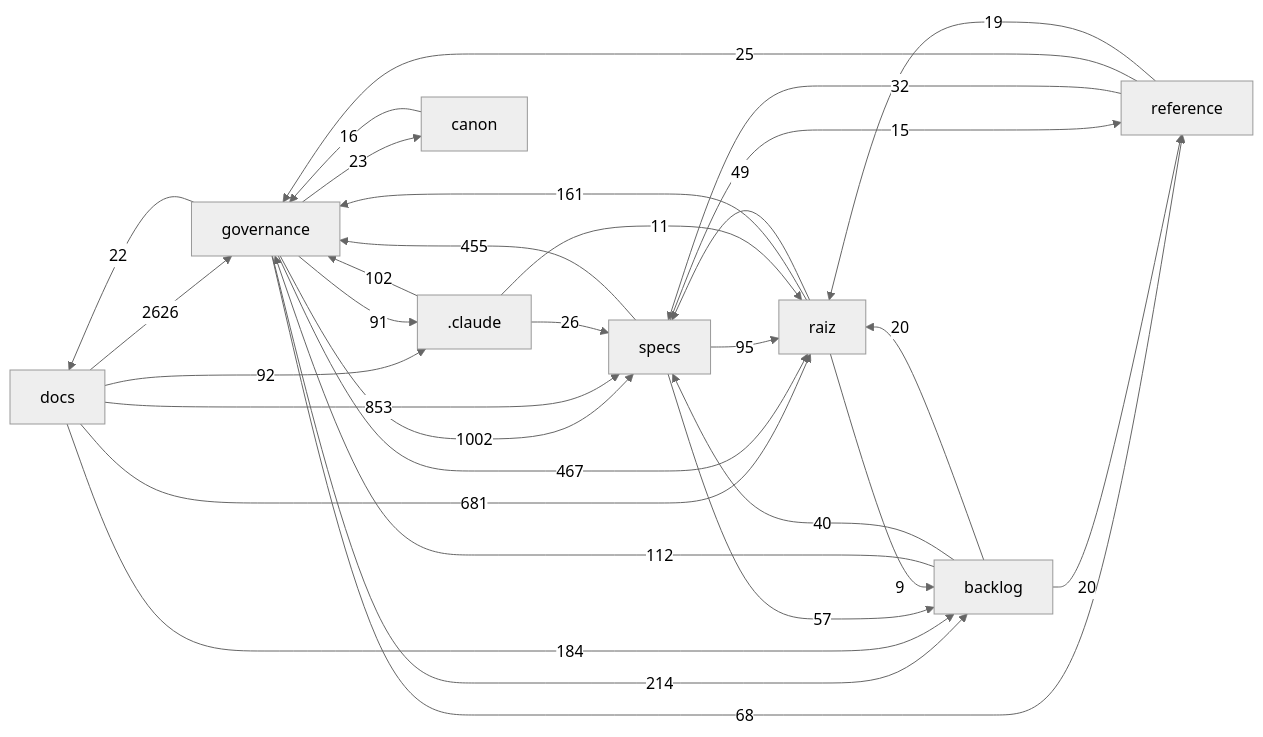
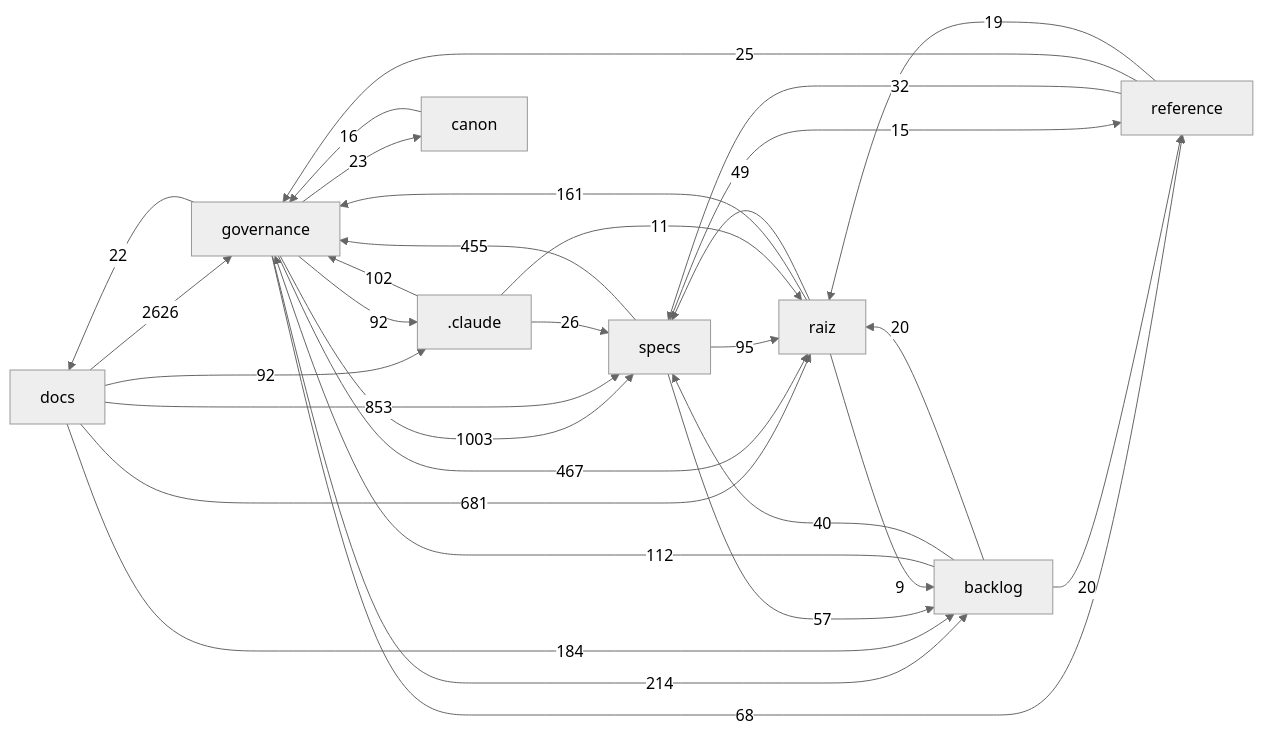
One commit to Andraus35/Sistema-Operacional-de-Trading--SOT changed the diagram in docs/mapa/MAPA-PROJETO.md. Above: the diagram before and after it, drawn with Mermaid (neutral theme). The commit also changed other lines of this file and 6 other files, not shown here.

````diff
--- a/docs/mapa/MAPA-PROJETO.md
+++ b/docs/mapa/MAPA-PROJETO.md
@@ -29,33 +29,33 @@
 ```mermaid
 flowchart LR
   docs["docs"] -->|2626| governance["governance"]
-  governance["governance"] -->|1002| specs["specs"]
+  governance["governance"] -->|1003| specs["specs"]
   docs["docs"] -->|853| specs["specs"]
   docs["docs"] -->|681| raiz["raiz"]
   governance["governance"] -->|467| raiz["raiz"]
   specs["specs"] -->|455| governance["governance"]
   governance["governance"] -->|214| backlog["backlog"]
   docs["docs"] -->|184| backlog["backlog"]
   raiz["raiz"] -->|161| governance["governance"]
   backlog["backlog"] -->|112| governance["governance"]
   _claude[".claude"] -->|102| governance["governance"]
   specs["specs"] -->|95| raiz["raiz"]
   docs["docs"] -->|92| _claude[".claude"]
-  governance["governance"] -->|91| _claude[".claude"]
+  governance["governance"] -->|92| _claude[".claude"]
   governance["governance"] -->|68| reference["reference"]
   specs["specs"] -->|57| backlog["backlog"]
   raiz["raiz"] -->|49| specs["specs"]
   backlog["backlog"] -->|40| specs["specs"]
   reference["reference"] -->|32| specs["specs"]
   _claude[".claude"] -->|26| specs["specs"]
   reference["reference"] -->|25| governance["governance"]
   governance["governance"] -->|23| canon["canon"]
   governance["governance"] -->|22| docs["docs"]
   backlog["backlog"] -->|20| raiz["raiz"]
   backlog["backlog"] -->|20| reference["reference"]
   reference["reference"] -->|19| raiz["raiz"]
   canon["canon"] -->|16| governance["governance"]
   specs["specs"] -->|15| reference["reference"]
   _claude[".claude"] -->|11| raiz["raiz"]
   raiz["raiz"] -->|9| backlog["backlog"]
 ```
````
